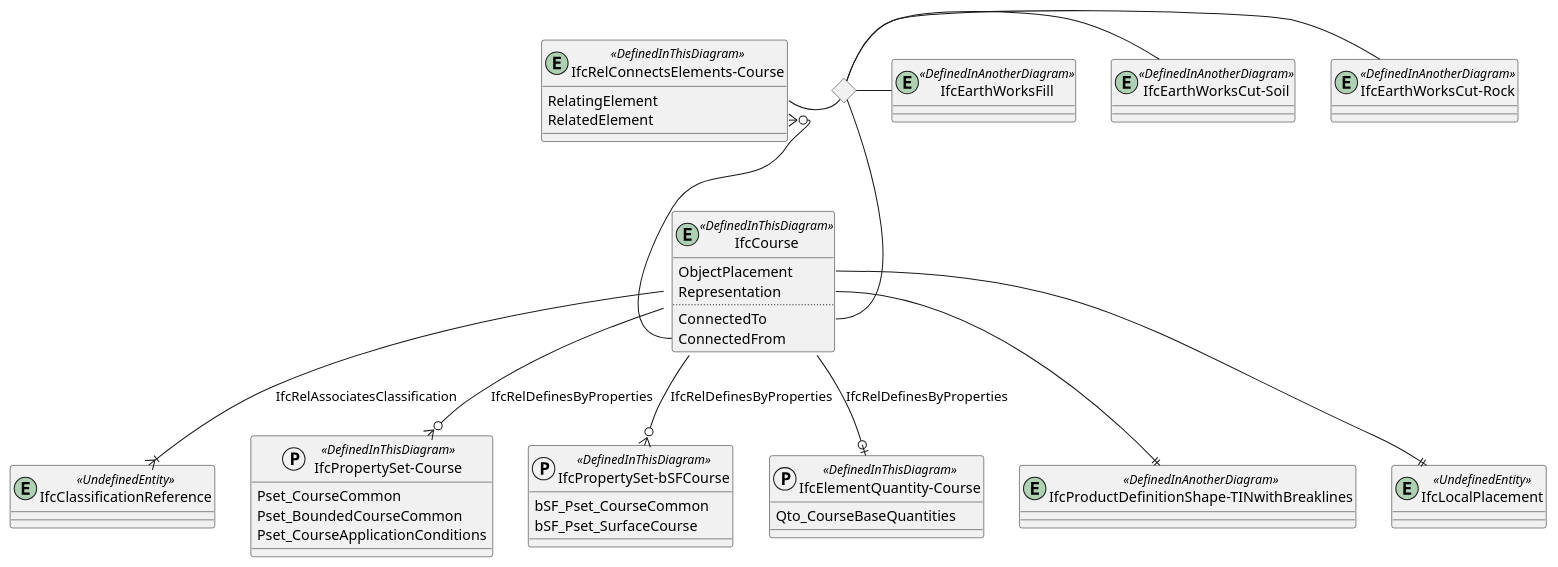
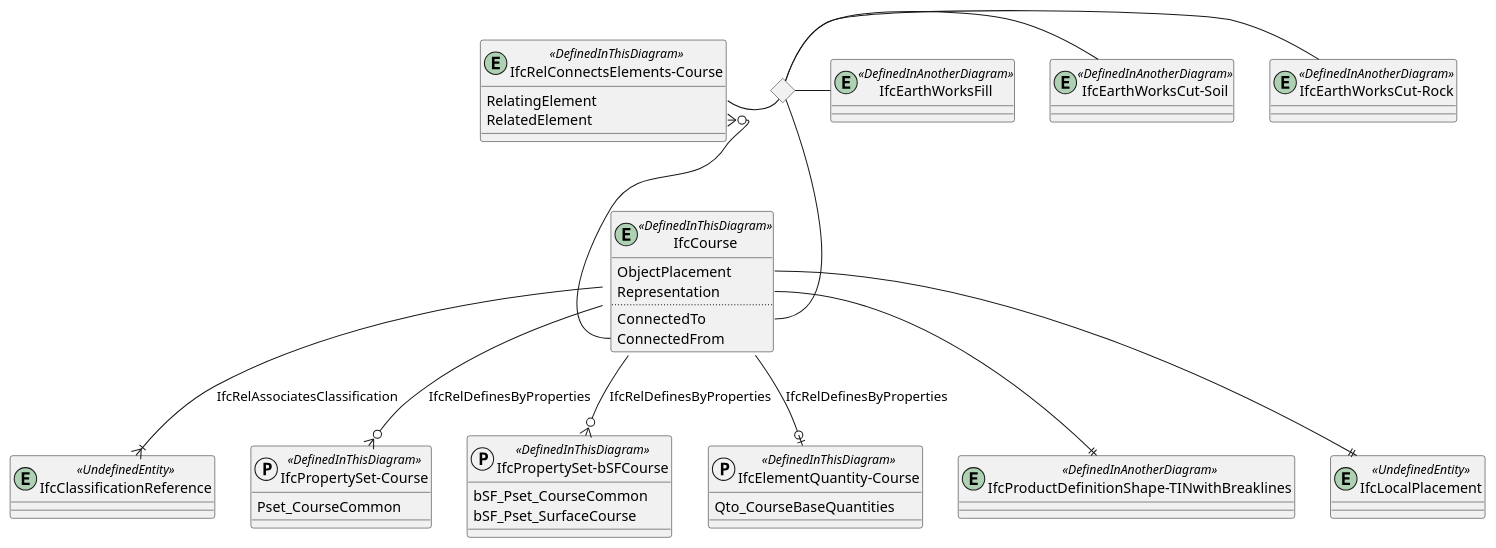
The diagram in diagrams/bsf-IfcCourse.pu (buildingSMART-Finland/RYTV-IFCRoute), drawn with PlantUML before and after one commit. The commit also changed 3 other files, not shown here.

```diff
--- a/diagrams/bsf-IfcCourse.pu
+++ b/diagrams/bsf-IfcCourse.pu
@@ -1,61 +1,59 @@
 @startuml 
 
 entity IfcCourse <<DefinedInThisDiagram>>
 {
   ObjectPlacement
   Representation
   ..
   ConnectedTo
   ConnectedFrom
 }
 
 entity IfcClassificationReference <<UndefinedEntity>>
 IfcCourse --|{ IfcClassificationReference : IfcRelAssociatesClassification
 
 entity "IfcProductDefinitionShape-TINwithBreaklines" <<DefinedInAnotherDiagram>>
 IfcCourse::Representation --|| "IfcProductDefinitionShape-TINwithBreaklines"
 
 entity IfcLocalPlacement <<UndefinedEntity>>
 IfcCourse::ObjectPlacement --|| IfcLocalPlacement
 
 protocol "IfcPropertySet-Course" <<DefinedInThisDiagram>>
 {
     Pset_CourseCommon
-    Pset_BoundedCourseCommon
-    Pset_CourseApplicationConditions
 }
 IfcCourse --o{ "IfcPropertySet-Course" : IfcRelDefinesByProperties
 
 protocol "IfcPropertySet-bSFCourse" <<DefinedInThisDiagram>>
 {
     bSF_Pset_CourseCommon
     bSF_Pset_SurfaceCourse
 }
 IfcCourse --o{ "IfcPropertySet-bSFCourse" : IfcRelDefinesByProperties
 
 protocol "IfcElementQuantity-Course" <<DefinedInThisDiagram>>
 {
     Qto_CourseBaseQuantities
 }
 IfcCourse --o| "IfcElementQuantity-Course" : IfcRelDefinesByProperties
 
 entity "IfcRelConnectsElements-Course" <<DefinedInThisDiagram>>
 {
   RelatingElement
   RelatedElement
 }
 IfcCourse::ConnectedFrom --o{ "IfcRelConnectsElements-Course::RelatedElement" 
 
 
 entity "IfcEarthWorksCut-Rock" <<DefinedInAnotherDiagram>>
 entity "IfcEarthWorksCut-Soil" <<DefinedInAnotherDiagram>>
 entity IfcEarthWorksFill <<DefinedInAnotherDiagram>>
 
 <> choice
 "IfcRelConnectsElements-Course::RelatingElement" - choice
 choice - IfcCourse::ConnectedTo
 choice - "IfcEarthWorksCut-Rock"
 choice - "IfcEarthWorksCut-Soil"
 choice - IfcEarthWorksFill
 
 @enduml
```
